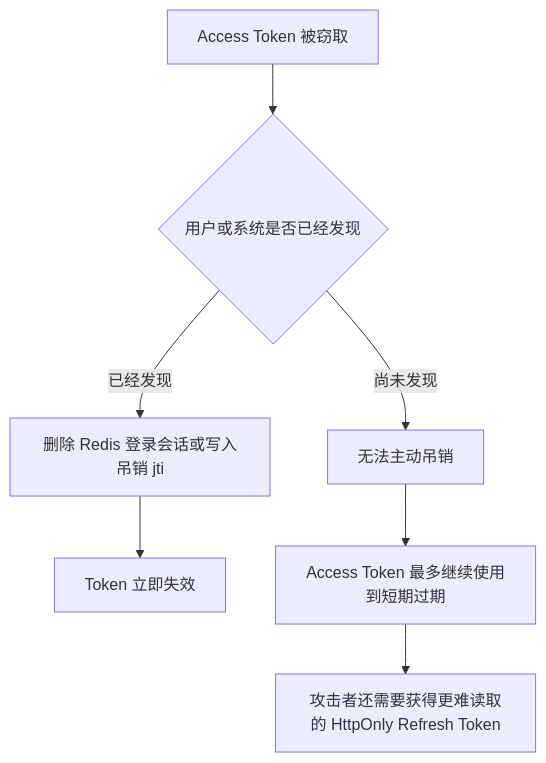
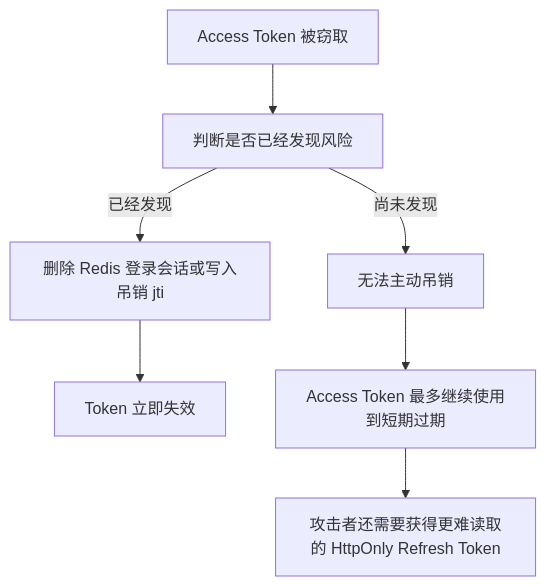
One commit to myth8/zzx-ai-agent changed the sixth of 9 diagrams in docs/blogs/阶段0.2-JWT与Redis认证体系.md. Above: the diagram before and after it, drawn with Mermaid. The commit also changed other lines of this file and 27 other files, not shown here.

````diff
--- a/docs/blogs/阶段0.2-JWT与Redis认证体系.md
+++ b/docs/blogs/阶段0.2-JWT与Redis认证体系.md
@@ -284,9 +250,9 @@
 ```mermaid
 flowchart TD
-    A[Access Token 被窃取] --> B{用户或系统是否已经发现}
-    B -->|已经发现| C[删除 Redis 登录会话或写入吊销 jti]
-    C --> D[Token 立即失效]
-    B -->|尚未发现| E[无法主动吊销]
-    E --> F[Access Token 最多继续使用到短期过期]
-    F --> G[攻击者还需要获得更难读取的 HttpOnly Refresh Token]
+    A["Access Token 被窃取"] --> B["判断是否已经发现风险"]
+    B -->|已经发现| C["删除 Redis 登录会话或写入吊销 jti"]
+    C --> D["Token 立即失效"]
+    B -->|尚未发现| E["无法主动吊销"]
+    E --> F["Access Token 最多继续使用到短期过期"]
+    F --> G["攻击者还需要获得更难读取的 HttpOnly Refresh Token"]
 ```
````
